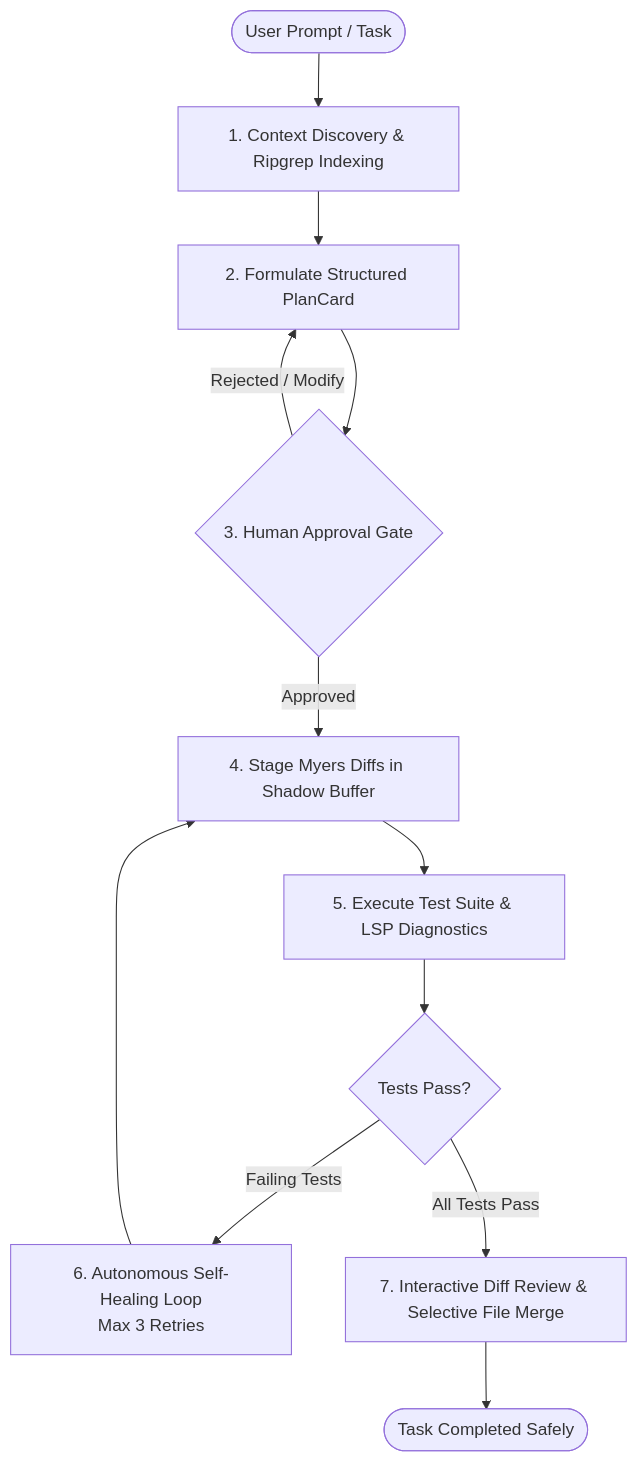
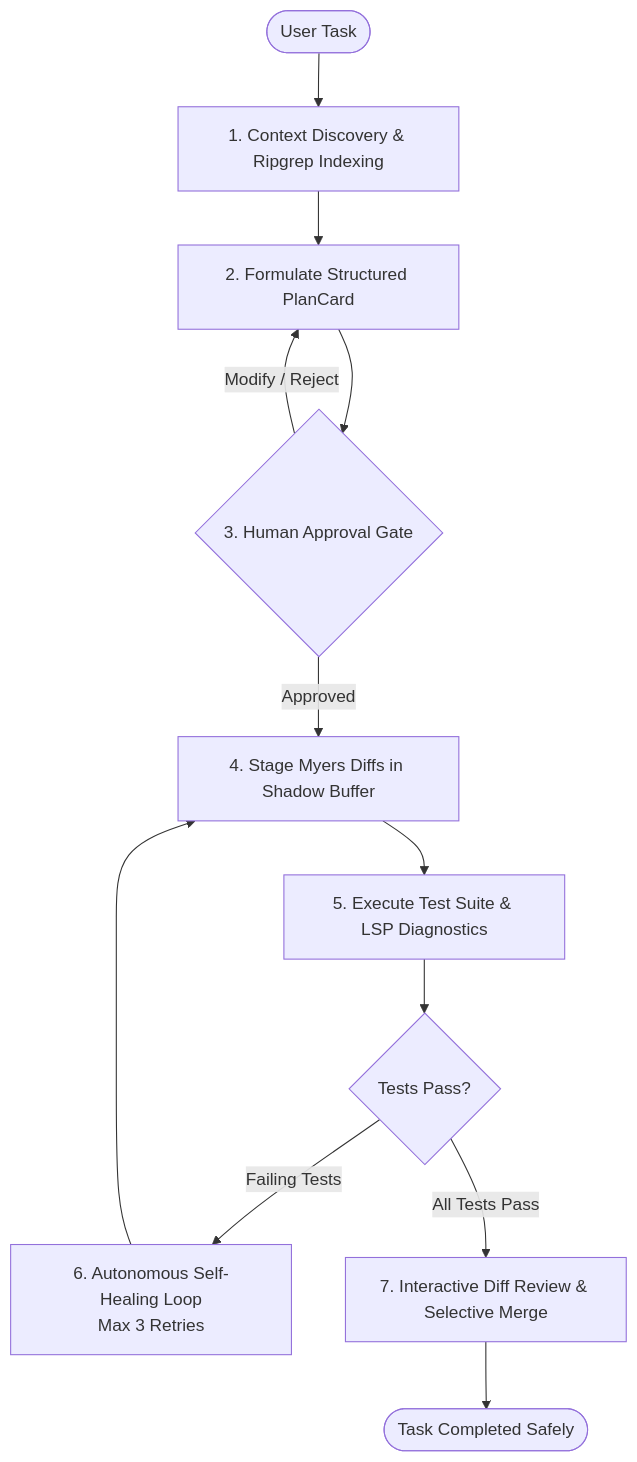
Before and after one commit to jaggureddy11/AI-Coding-Agent: the diagram in README.md, drawn with Mermaid. The commit also changed other lines of this file and 2 other files, not shown here.

Commit message:
docs: add demo preview, architecture diagram, and install links to README

````diff
--- a/README.md
+++ b/README.md
@@ -63,14 +97,14 @@
 ```mermaid
 flowchart TD
-    A([User Prompt / Task]) --> B[1. Context Discovery & Ripgrep Indexing]
+    A([User Task]) --> B[1. Context Discovery & Ripgrep Indexing]
     B --> C[2. Formulate Structured PlanCard]
     C --> D{3. Human Approval Gate}
-    D -- Rejected / Modify --> C
+    D -- Modify / Reject --> C
     D -- Approved --> E[4. Stage Myers Diffs in Shadow Buffer]
     E --> F[5. Execute Test Suite & LSP Diagnostics]
     F --> G{Tests Pass?}
     G -- Failing Tests --> H[6. Autonomous Self-Healing Loop<br>Max 3 Retries]
     H --> E
-    G -- All Tests Pass --> I[7. Interactive Diff Review & Selective File Merge]
+    G -- All Tests Pass --> I[7. Interactive Diff Review & Selective Merge]
     I --> J([Task Completed Safely])
 ```
````
